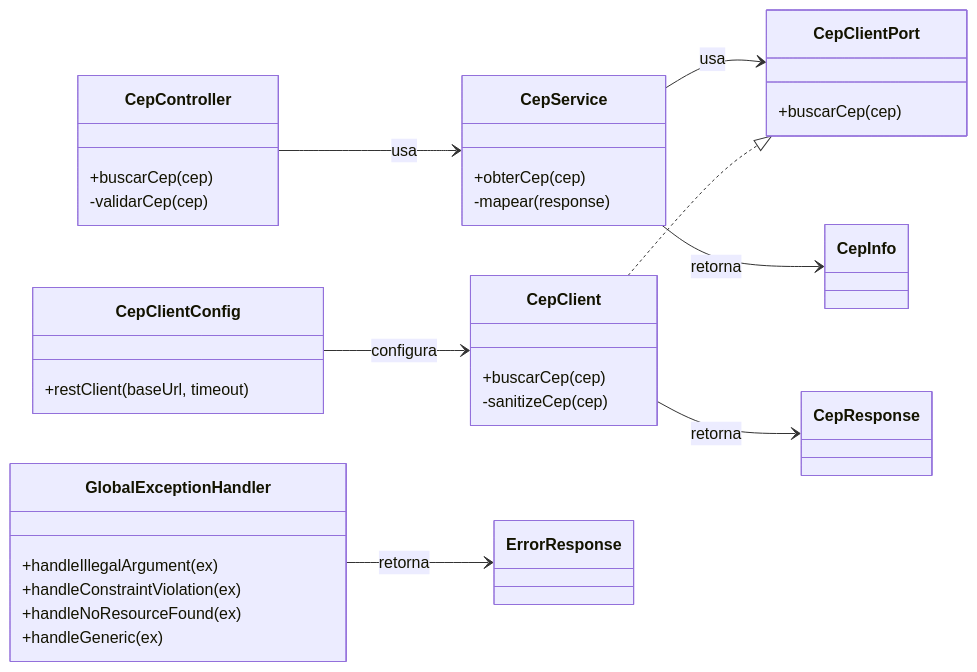
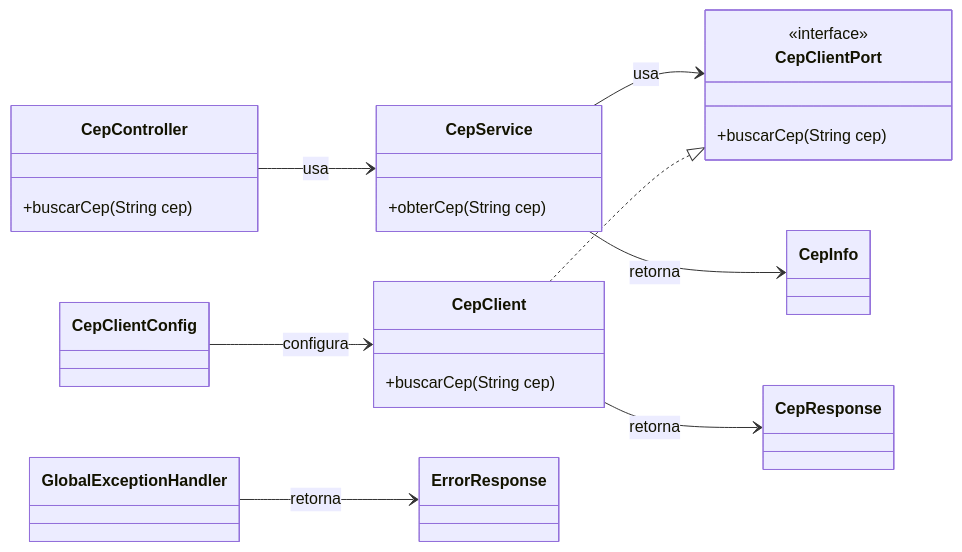
Before and after one commit to renato-brito/teste-cep: the first of 2 diagrams in README.md, drawn with Mermaid.

Commit message:
chore: alterado diagrama de classe para ficar fiel ao código

````diff
--- a/README.md
+++ b/README.md
@@ -71,47 +71,38 @@
 ```mermaid
 classDiagram
   direction LR
 
   class CepController {
-    +buscarCep(cep)
-    -validarCep(cep)
+    +buscarCep(String cep)
   }
 
   class CepService {
-    +obterCep(cep)
-    -mapear(response)
+    +obterCep(String cep)
   }
 
   class CepClientPort {
-    +buscarCep(cep)
+    <<interface>>
+    +buscarCep(String cep)
   }
 
   class CepClient {
-    +buscarCep(cep)
-    -sanitizeCep(cep)
+    +buscarCep(String cep)
   }
 
-  class CepClientConfig {
-    +restClient(baseUrl, timeout)
-  }
+  class CepClientConfig
 
-  class GlobalExceptionHandler {
-    +handleIllegalArgument(ex)
-    +handleConstraintViolation(ex)
-    +handleNoResourceFound(ex)
-    +handleGeneric(ex)
-  }
+  class GlobalExceptionHandler
 
   class CepInfo
   class CepResponse
   class ErrorResponse
 
   CepController --> CepService : usa
   CepService --> CepClientPort : usa
   CepClient ..|> CepClientPort
   CepClientConfig --> CepClient : configura
 
   CepClient --> CepResponse : retorna
   CepService --> CepInfo : retorna
   GlobalExceptionHandler --> ErrorResponse : retorna
 ```
````
